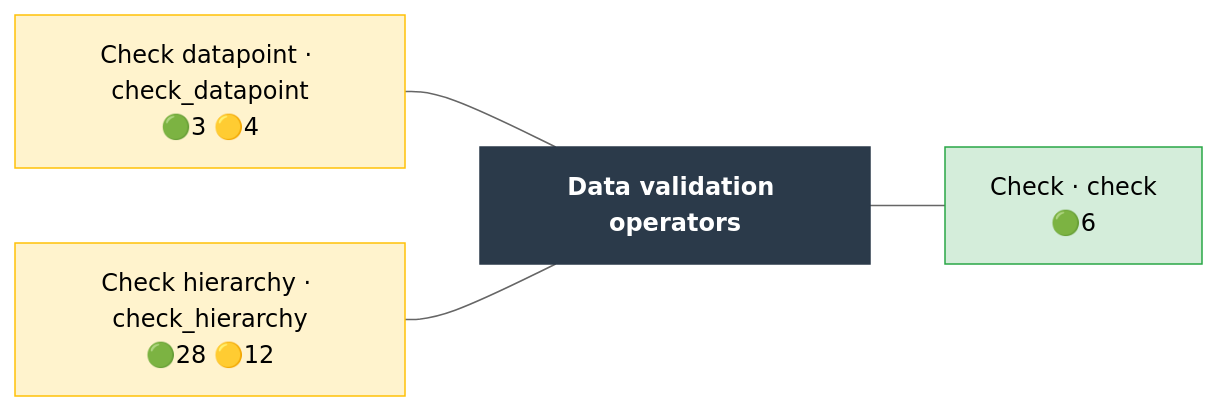
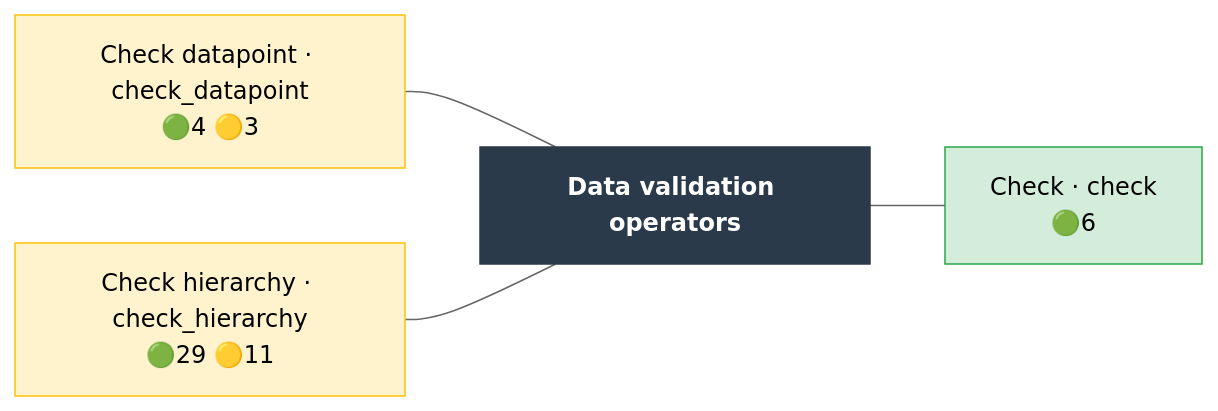
One commit to Meaningful-Data/vtlengine changed the diagram in docs/operator_map/validation/index.rst. Above: the diagram before and after it, drawn with Mermaid (neutral theme). The commit also changed other lines of this file and 140 other files, not shown here.

```diff
--- a/docs/operator_map/validation/index.rst
+++ b/docs/operator_map/validation/index.rst
@@ -17,21 +17,21 @@
 .. mermaid::
    :config: {"flowchart": {"useMaxWidth": false}}
 
    flowchart LR
        classDef ok fill:#d4edda,stroke:#28a745,color:#000
        classDef partial fill:#fff3cd,stroke:#ffc107,color:#000
        classDef refused fill:#d4edda,stroke:#28a745,stroke-width:3px,stroke-dasharray: 2 2,color:#000
        classDef missing fill:#f8d7da,stroke:#dc3545,color:#000
        classDef diverge fill:#cce5ff,stroke:#007bff,color:#000
        classDef block fill:#2b3a4a,stroke:#2b3a4a,color:#fff,font-weight:bold
        classDef ext fill:#fff,stroke:#666,color:#000,stroke-dasharray: 5 5
        B["Data validation operators"]:::block
-       validation__check_datapoint["Check datapoint · check_datapoint<br/>🟢3 🟡4"]:::partial
-       validation__check_hierarchy["Check hierarchy · check_hierarchy<br/>🟢28 🟡12"]:::partial
+       validation__check_datapoint["Check datapoint · check_datapoint<br/>🟢4 🟡3"]:::partial
+       validation__check_hierarchy["Check hierarchy · check_hierarchy<br/>🟢29 🟡11"]:::partial
        validation__check["Check · check<br/>🟢6"]:::ok
        validation__check_datapoint --- B
        validation__check_hierarchy --- B
        B --- validation__check
        click validation__check_datapoint href "check_datapoint.html"
        click validation__check_hierarchy href "check_hierarchy.html"
        click validation__check href "check.html"
```
